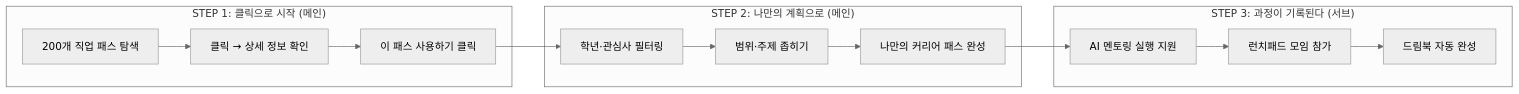
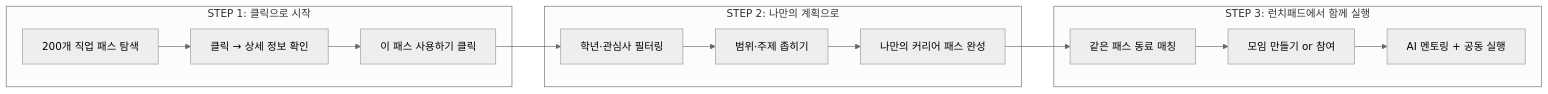
The second of 3 diagrams in Readme.md (Collegenie-X/AI-career-path), drawn with Mermaid (neutral theme) before and after one commit. The commit also changed other lines of this file and 10 other files, not shown here.

````diff
--- a/Readme.md
+++ b/Readme.md
@@ -130,17 +166,17 @@
 ```mermaid
 graph LR
-    subgraph "STEP 1: 클릭으로 시작 (메인)"
+    subgraph "STEP 1: 클릭으로 시작"
         A["200개 직업 패스 탐색"] --> B["클릭 → 상세 정보 확인"]
         B --> C["이 패스 사용하기 클릭"]
     end
-    subgraph "STEP 2: 나만의 계획으로 (메인)"
+    subgraph "STEP 2: 나만의 계획으로"
         C --> D["학년·관심사 필터링"]
         D --> E["범위·주제 좁히기"]
         E --> F["나만의 커리어 패스 완성"]
     end
-    subgraph "STEP 3: 과정이 기록된다 (서브)"
-        F --> G["AI 멘토링 실행 지원"]
-        G --> H["런치패드 모임 참가"]
-        H --> I["드림북 자동 완성"]
+    subgraph "STEP 3: 런치패드에서 함께 실행"
+        F --> G["같은 패스 동료 매칭"]
+        G --> H["모임 만들기 or 참여"]
+        H --> I["AI 멘토링 + 공동 실행"]
     end
 ```
````
